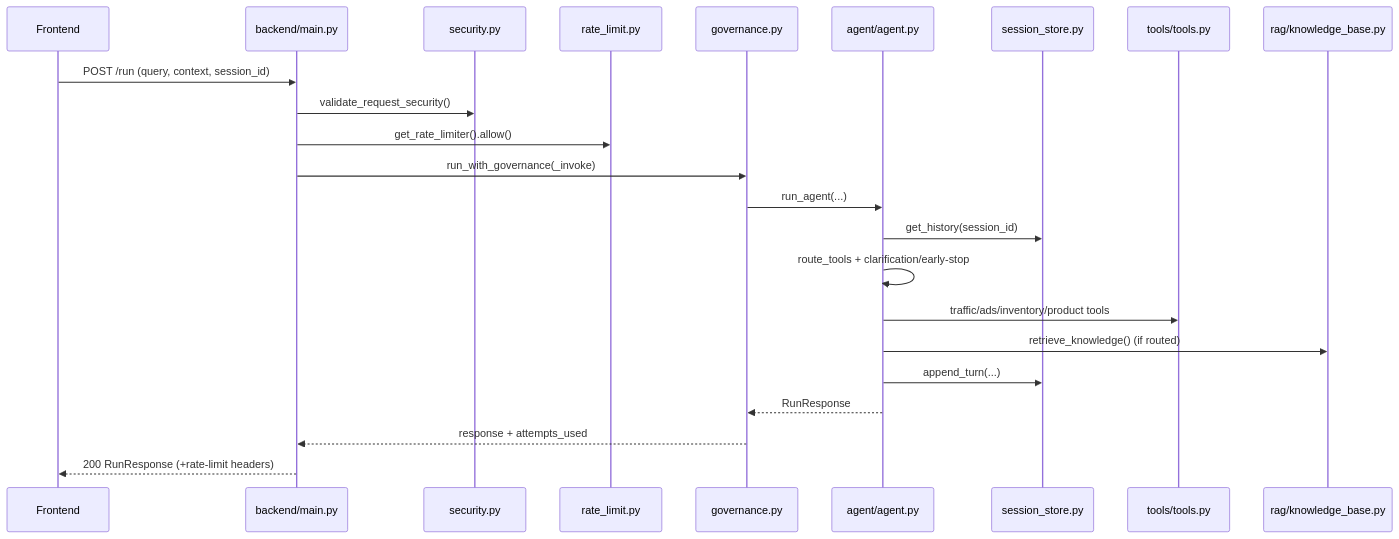
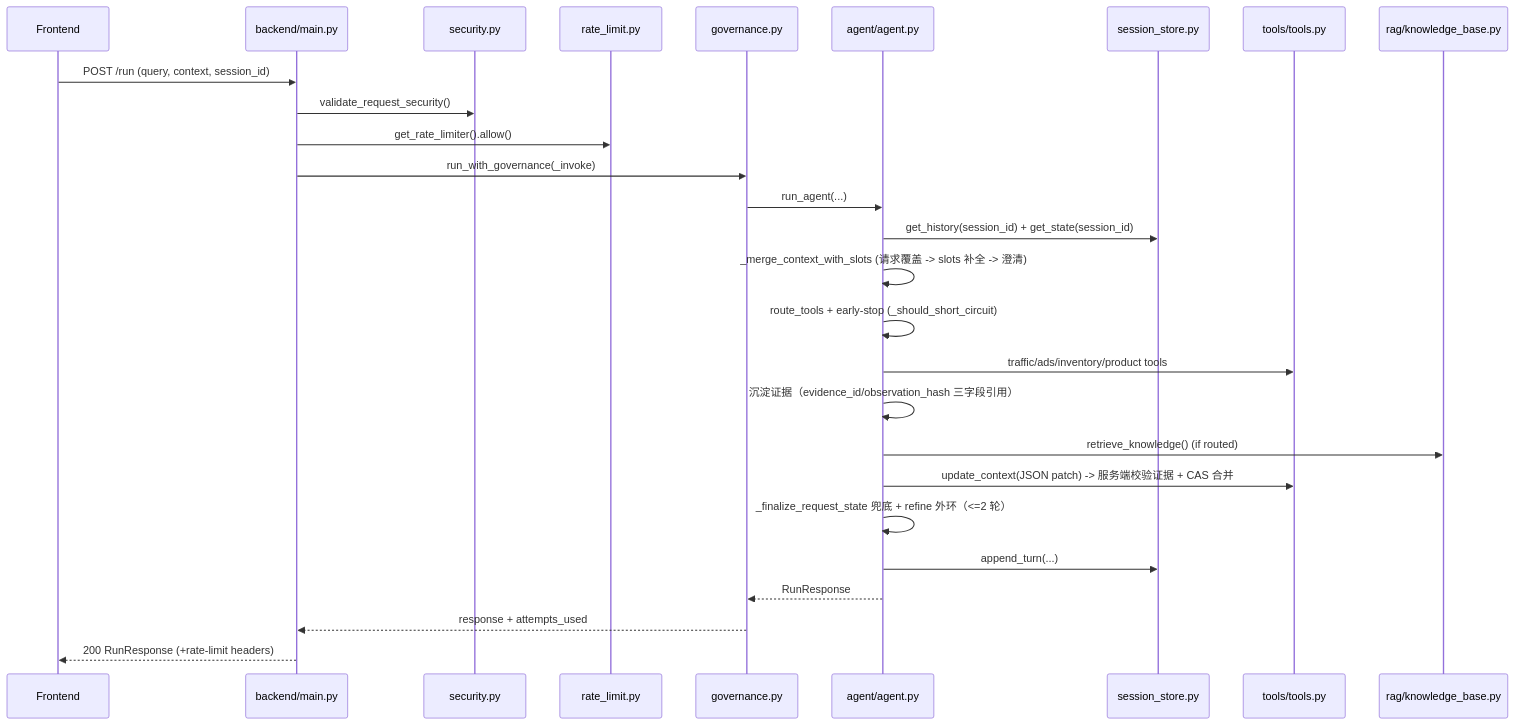
The first of 3 diagrams in ARCHITECTURE.md (Hansehanhanhan/code1), drawn with Mermaid before and after one commit. The commit also changed other lines of this file and 52 other files, not shown here.

````diff
--- a/ARCHITECTURE.md
+++ b/ARCHITECTURE.md
@@ -130,26 +143,30 @@
 ```mermaid
 sequenceDiagram
     participant FE as Frontend
     participant API as backend/main.py
     participant SEC as security.py
     participant RL as rate_limit.py
     participant GOV as governance.py
     participant AG as agent/agent.py
     participant SS as session_store.py
     participant TO as tools/tools.py
     participant RAG as rag/knowledge_base.py
 
     FE->>API: POST /run (query, context, session_id)
     API->>SEC: validate_request_security()
     API->>RL: get_rate_limiter().allow()
     API->>GOV: run_with_governance(_invoke)
     GOV->>AG: run_agent(...)
-    AG->>SS: get_history(session_id)
-    AG->>AG: route_tools + clarification/early-stop
+    AG->>SS: get_history(session_id) + get_state(session_id)
+    AG->>AG: _merge_context_with_slots (请求覆盖 -> slots 补全 -> 澄清)
+    AG->>AG: route_tools + early-stop (_should_short_circuit)
     AG->>TO: traffic/ads/inventory/product tools
+    AG->>AG: 沉淀证据（evidence_id/observation_hash 三字段引用）
     AG->>RAG: retrieve_knowledge() (if routed)
+    AG->>TO: update_context(JSON patch) -> 服务端校验证据 + CAS 合并
+    AG->>AG: _finalize_request_state 兜底 + refine 外环（<=2 轮）
     AG->>SS: append_turn(...)
     AG-->>GOV: RunResponse
     GOV-->>API: response + attempts_used
     API-->>FE: 200 RunResponse (+rate-limit headers)
 ```
````
